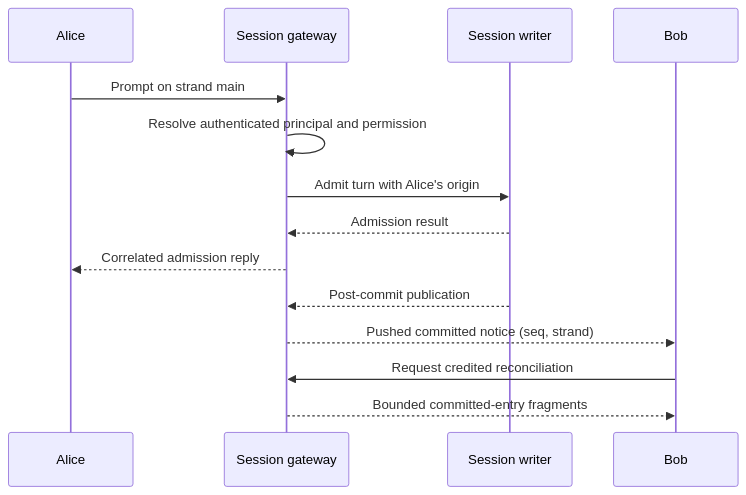
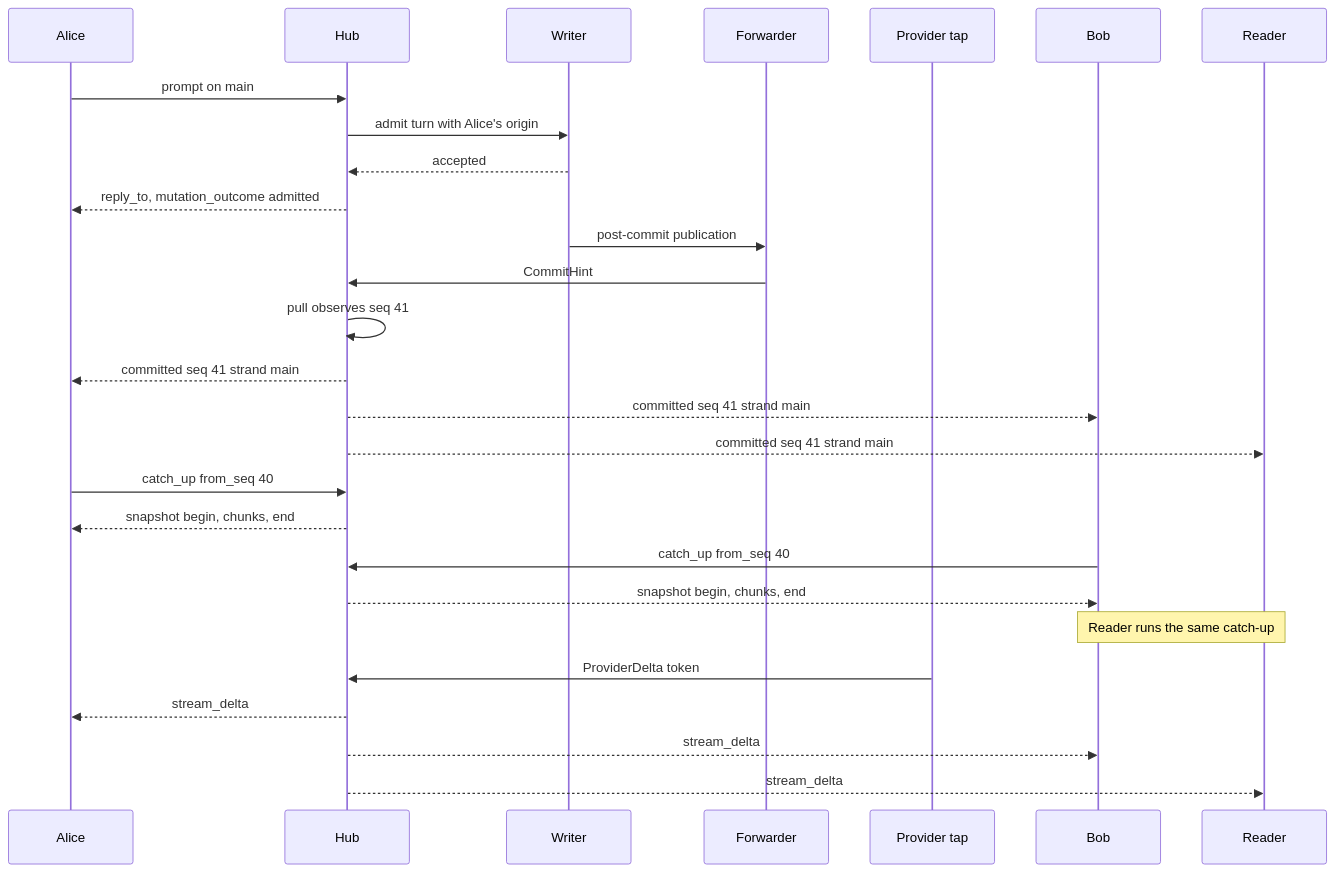
Before and after one commit to Roasbeef/loom: the first of 5 diagrams in docs/architecture/multiplayer.md, drawn with Mermaid. The commit also changed other lines of this file, not shown here.

````diff
--- a/docs/architecture/multiplayer.md
+++ b/docs/architecture/multiplayer.md
@@ -101,16 +96,29 @@
 ```mermaid
 sequenceDiagram
-    participant A as Alice
-    participant G as Session gateway
-    participant W as Session writer
-    participant B as Bob
-    A->>G: Prompt on strand main
-    G->>G: Resolve authenticated principal and permission
-    G->>W: Admit turn with Alice's origin
-    W-->>G: Admission result
-    G-->>A: Correlated admission reply
-    W-->>G: Post-commit publication
-    G-->>B: Pushed committed notice (seq, strand)
-    B->>G: Request credited reconciliation
-    G-->>B: Bounded committed-entry fragments
+    participant Alice
+    participant Hub
+    participant Writer
+    participant Fwd as Forwarder
+    participant Prov as Provider tap
+    participant Bob
+    participant Reader
+    Alice->>Hub: prompt on main
+    Hub->>Writer: admit turn with Alice's origin
+    Writer-->>Hub: accepted
+    Hub-->>Alice: reply_to, mutation_outcome admitted
+    Writer->>Fwd: post-commit publication
+    Fwd->>Hub: CommitHint
+    Hub->>Hub: pull observes seq 41
+    Hub-->>Alice: committed seq 41 strand main
+    Hub-->>Bob: committed seq 41 strand main
+    Hub-->>Reader: committed seq 41 strand main
+    Alice->>Hub: catch_up from_seq 40
+    Hub-->>Alice: snapshot begin, chunks, end
+    Bob->>Hub: catch_up from_seq 40
+    Hub-->>Bob: snapshot begin, chunks, end
+    Note over Bob,Reader: Reader runs the same catch-up
+    Prov->>Hub: ProviderDelta token
+    Hub-->>Alice: stream_delta
+    Hub-->>Bob: stream_delta
+    Hub-->>Reader: stream_delta
 ```
````
